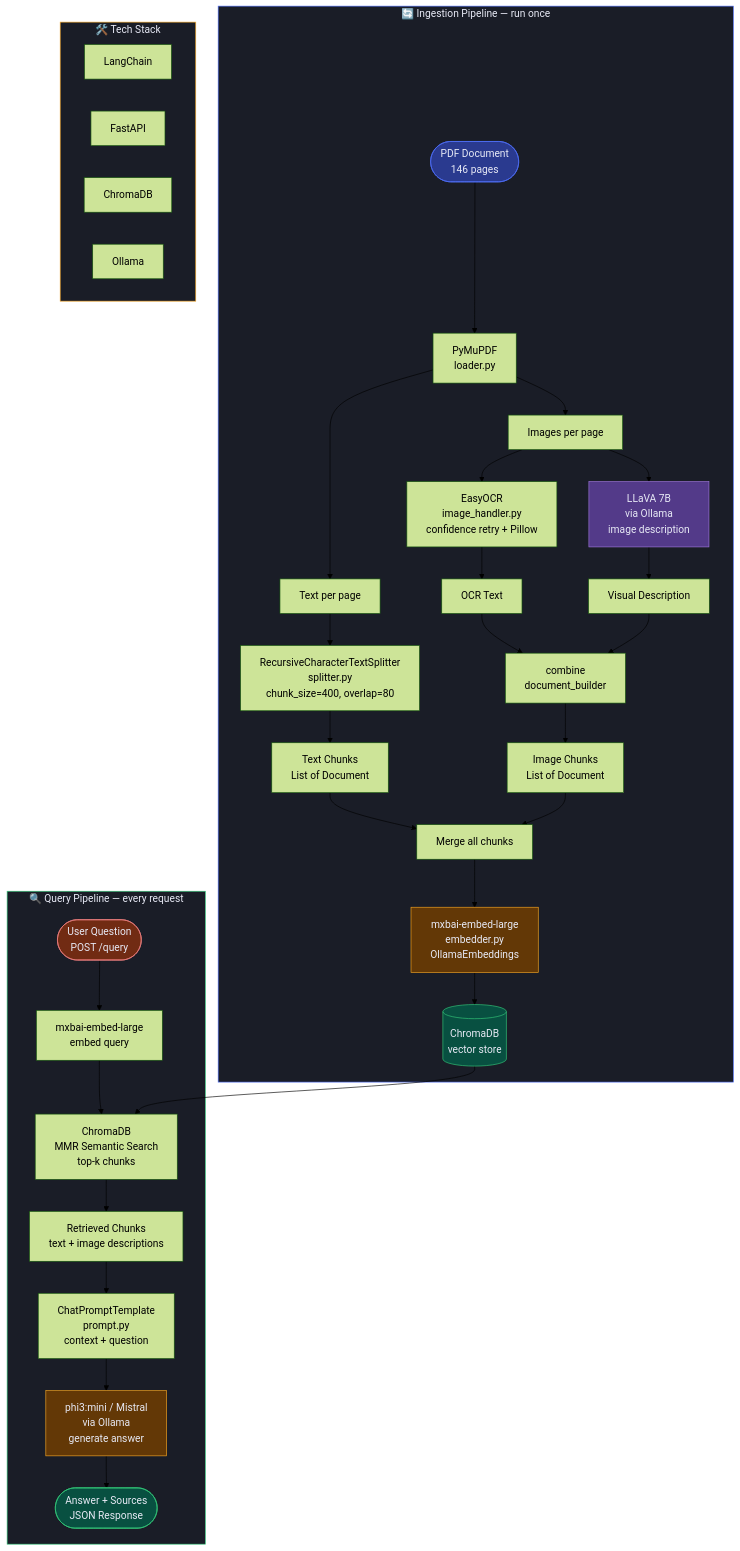
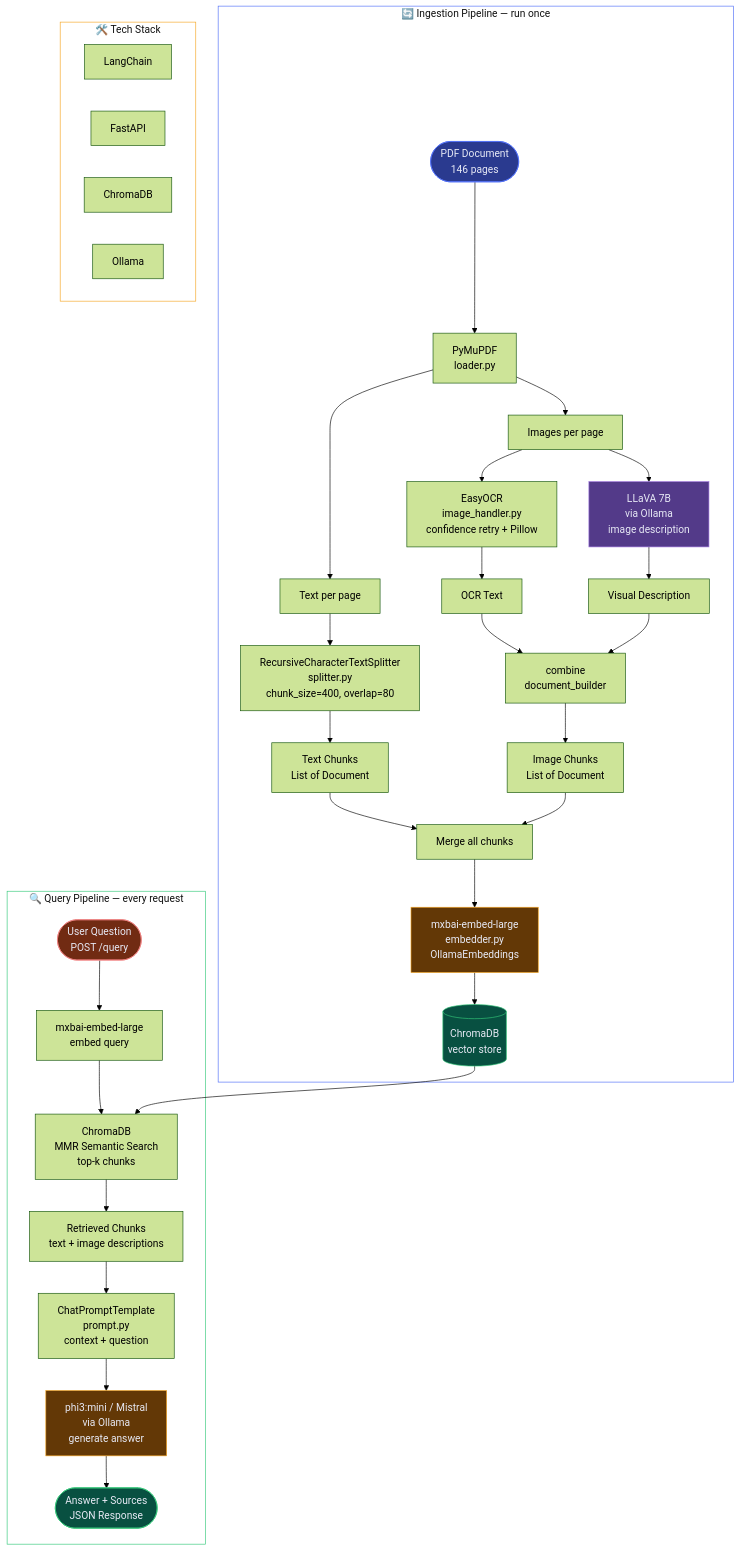
One commit to vivekkhillar/RAG-APPLICATION changed the first of 4 diagrams in classic_rag/Read.md. Above: the diagram before and after it, drawn with Mermaid (forest theme). The commit also changed other lines of this file, not shown here.

````diff
--- a/classic_rag/Read.md
+++ b/classic_rag/Read.md
@@ -460,49 +460,49 @@
 ```mermaid
 flowchart TD
     subgraph INGESTION["🔄 Ingestion Pipeline — run once"]
         A([PDF Document\n146 pages]) --> B[PyMuPDF\nloader.py]
         B --> C[Text per page]
         B --> D[Images per page]
         C --> E[RecursiveCharacterTextSplitter\nsplitter.py\nchunk_size=400, overlap=80]
         D --> F[EasyOCR\nimage_handler.py\nconfidence retry + Pillow]
         D --> G[LLaVA 7B\nvia Ollama\nimage description]
         F --> H[OCR Text]
         G --> I[Visual Description]
         H --> J[combine\ndocument_builder]
         I --> J
         E --> K[Text Chunks\nList of Document]
         J --> L[Image Chunks\nList of Document]
         K --> M[Merge all chunks]
         L --> M
         M --> N[mxbai-embed-large\nembedder.py\nOllamaEmbeddings]
         N --> O[(ChromaDB\nvector store)]
     end
- 
+
     subgraph QUERY["🔍 Query Pipeline — every request"]
         P([User Question\nPOST /query]) --> Q[mxbai-embed-large\nembed query]
         Q --> R[ChromaDB\nMMR Semantic Search\ntop-k chunks]
         O --> R
         R --> S[Retrieved Chunks\ntext + image descriptions]
         S --> T[ChatPromptTemplate\nprompt.py\ncontext + question]
         T --> U[phi3:mini / Mistral\nvia Ollama\ngenerate answer]
         U --> V([Answer + Sources\nJSON Response])
     end
- 
+
     subgraph STACK["🛠️ Tech Stack"]
-        W[LangChain] 
+        W[LangChain]
         X[FastAPI]
         Y[ChromaDB]
         Z[Ollama]
     end
- 
-    style INGESTION fill:#1A1D27,stroke:#4F6EF7,color:#E8EAF6
-    style QUERY fill:#1A1D27,stroke:#34C97A,color:#E8EAF6
-    style STACK fill:#1A1D27,stroke:#F5A623,color:#E8EAF6
+
+    style INGESTION fill:#ffffff,stroke:#4F6EF7,color:#111111
+    style QUERY fill:#ffffff,stroke:#34C97A,color:#111111
+    style STACK fill:#ffffff,stroke:#F5A623,color:#111111
     style A fill:#2A3A8F,stroke:#4F6EF7,color:#E8EAF6
     style O fill:#085041,stroke:#34C97A,color:#E8EAF6
     style P fill:#712B13,stroke:#F08080,color:#E8EAF6
     style V fill:#085041,stroke:#34C97A,color:#E8EAF6
     style U fill:#633806,stroke:#F5A623,color:#E8EAF6
     style N fill:#633806,stroke:#F5A623,color:#E8EAF6
     style G fill:#533A89,stroke:#9F77DD,color:#E8EAF6
 ```
````
